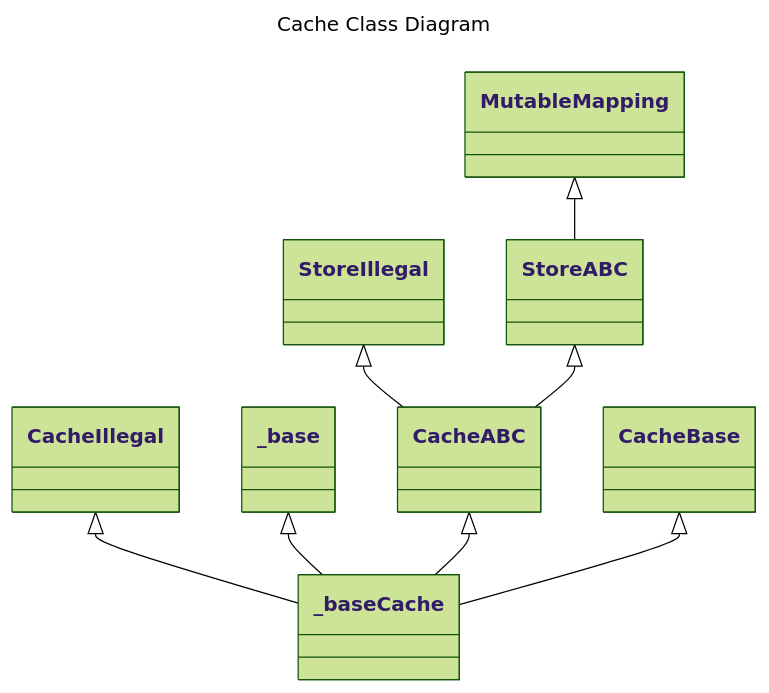
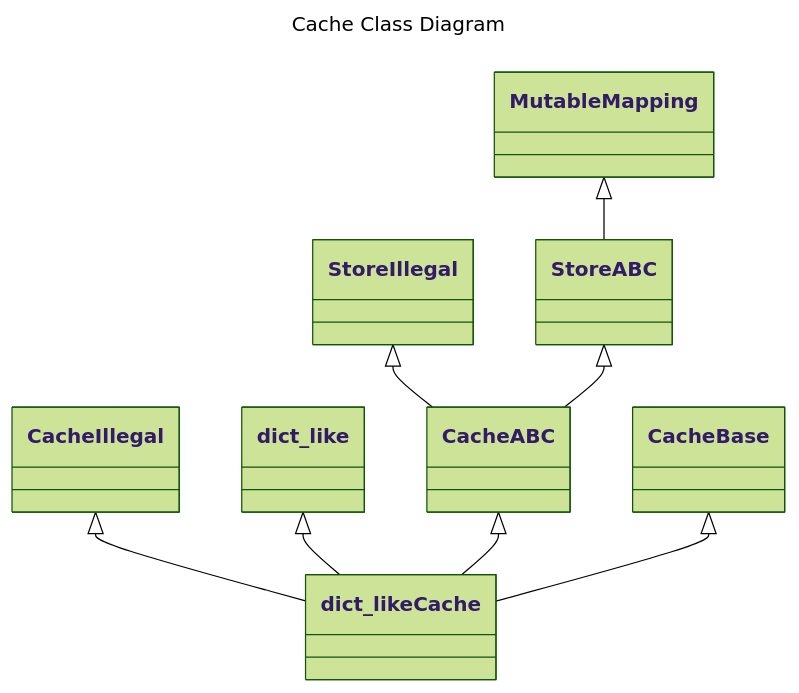
One commit to Shapedsundew9/erasmus-gp changed the fifth of 5 diagrams in egppy/egppy/storage/docs/stores.md. Above: the diagram before and after it, drawn with Mermaid (forest theme). The commit also changed other lines of this file and 28 other files, not shown here.

````diff
--- a/egppy/egppy/storage/docs/stores.md
+++ b/egppy/egppy/storage/docs/stores.md
@@ -105,13 +107,13 @@
 ```mermaid
 ---
 title: Cache Class Diagram
 ---
 classDiagram
     MutableMapping <|-- StoreABC
     StoreIllegal <|-- CacheABC
     StoreABC <|-- CacheABC
-    CacheIllegal <|-- _baseCache
-    _base <|-- _baseCache
-    CacheABC <|-- _baseCache
-    CacheBase <|-- _baseCache
+    CacheIllegal <|-- dict_likeCache
+    dict_like <|-- dict_likeCache
+    CacheABC <|-- dict_likeCache
+    CacheBase <|-- dict_likeCache
 ```
````
